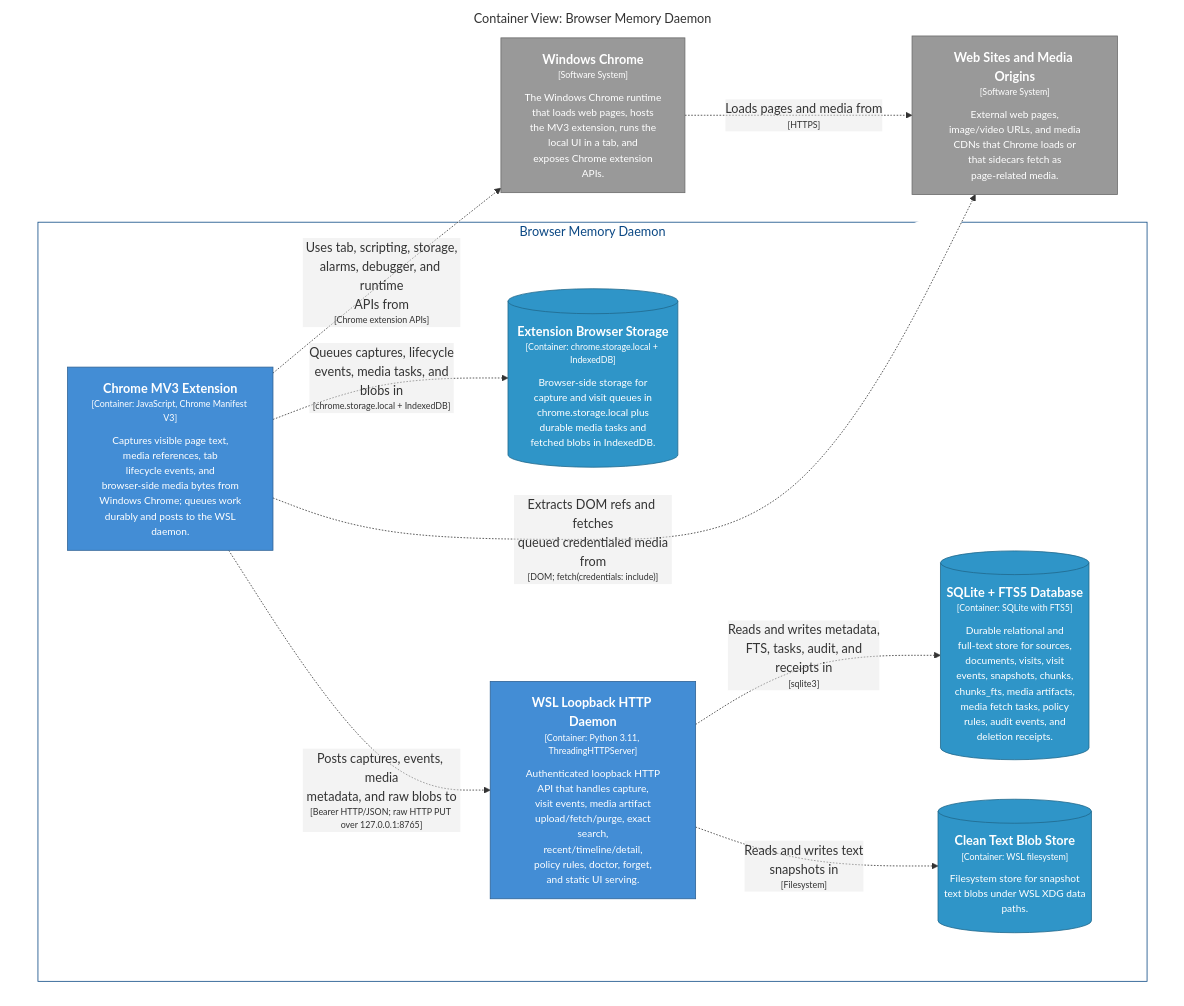
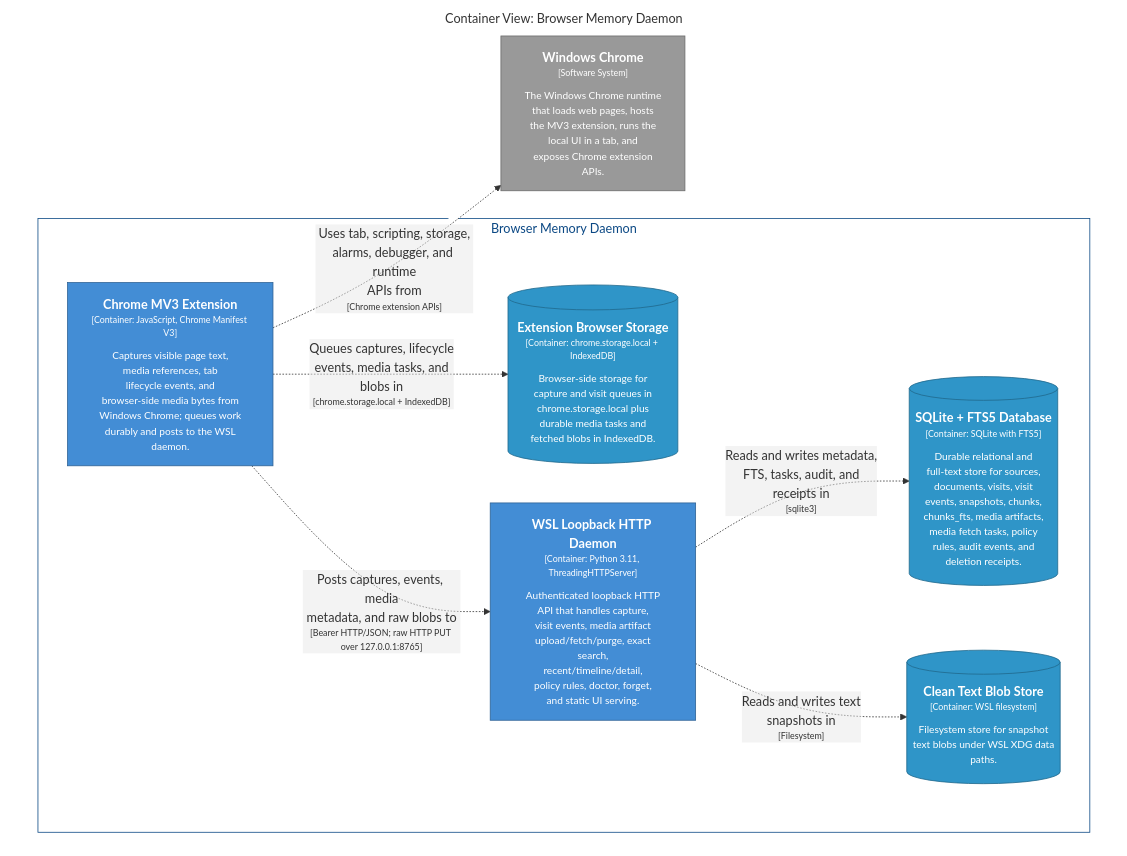
The diagram in architecture/diagrams/structurizr-CaptureContainers.mmd (michaelnicks0/browser-memory-daemon), drawn with Mermaid before and after one commit. The commit also changed 83 other files, not shown here.

Commit message:
docs: clean C4 diagram renders

```diff
--- a/architecture/diagrams/structurizr-CaptureContainers.mmd
+++ b/architecture/diagrams/structurizr-CaptureContainers.mmd
@@ -1,35 +1,31 @@
 graph TB
   linkStyle default fill:#ffffff
 
   subgraph diagram ["Container View: Browser Memory Daemon"]
     style diagram fill:#ffffff,stroke:#ffffff
 
     2["<div style='font-weight: bold'>Windows Chrome</div><div style='font-size: 70%; margin-top: 0px'>[Software System]</div><div style='font-size: 80%; margin-top:10px'>The Windows Chrome runtime<br />that loads web pages, hosts<br />the MV3 extension, runs the<br />local UI in a tab, and<br />exposes Chrome extension<br />APIs.</div>"]
     style 2 fill:#999999,stroke:#6b6b6b,color:#ffffff
-    3["<div style='font-weight: bold'>Web Sites and Media Origins</div><div style='font-size: 70%; margin-top: 0px'>[Software System]</div><div style='font-size: 80%; margin-top:10px'>External web pages,<br />image/video URLs, and media<br />CDNs that Chrome loads or<br />that sidecars fetch as<br />page-related media.</div>"]
-    style 3 fill:#999999,stroke:#6b6b6b,color:#ffffff
 
     subgraph 4 ["Browser Memory Daemon"]
       style 4 fill:#ffffff,stroke:#0b4884,color:#0b4884
 
       13[("<div style='font-weight: bold'>Extension Browser Storage</div><div style='font-size: 70%; margin-top: 0px'>[Container: chrome.storage.local + IndexedDB]</div><div style='font-size: 80%; margin-top:10px'>Browser-side storage for<br />capture and visit queues in<br />chrome.storage.local plus<br />durable media tasks and<br />fetched blobs in IndexedDB.</div>")]
       style 13 fill:#2f95c8,stroke:#20688c,color:#ffffff
       14["<div style='font-weight: bold'>WSL Loopback HTTP Daemon</div><div style='font-size: 70%; margin-top: 0px'>[Container: Python 3.11, ThreadingHTTPServer]</div><div style='font-size: 80%; margin-top:10px'>Authenticated loopback HTTP<br />API that handles capture,<br />visit events, media artifact<br />upload/fetch/purge, exact<br />search,<br />recent/timeline/detail,<br />policy rules, doctor, forget,<br />and static UI serving.</div>"]
       style 14 fill:#438dd5,stroke:#2e6295,color:#ffffff
       27[("<div style='font-weight: bold'>SQLite + FTS5 Database</div><div style='font-size: 70%; margin-top: 0px'>[Container: SQLite with FTS5]</div><div style='font-size: 80%; margin-top:10px'>Durable relational and<br />full-text store for sources,<br />documents, visits, visit<br />events, snapshots, chunks,<br />chunks_fts, media artifacts,<br />media fetch tasks, policy<br />rules, audit events, and<br />deletion receipts.</div>")]
       style 27 fill:#2f95c8,stroke:#20688c,color:#ffffff
       28[("<div style='font-weight: bold'>Clean Text Blob Store</div><div style='font-size: 70%; margin-top: 0px'>[Container: WSL filesystem]</div><div style='font-size: 80%; margin-top:10px'>Filesystem store for snapshot<br />text blobs under WSL XDG data<br />paths.</div>")]
       style 28 fill:#2f95c8,stroke:#20688c,color:#ffffff
       5["<div style='font-weight: bold'>Chrome MV3 Extension</div><div style='font-size: 70%; margin-top: 0px'>[Container: JavaScript, Chrome Manifest V3]</div><div style='font-size: 80%; margin-top:10px'>Captures visible page text,<br />media references, tab<br />lifecycle events, and<br />browser-side media bytes from<br />Windows Chrome; queues work<br />durably and posts to the WSL<br />daemon.</div>"]
       style 5 fill:#438dd5,stroke:#2e6295,color:#ffffff
     end
 
-    2-. "<div>Loads pages and media from</div><div style='font-size: 70%'>[HTTPS]</div>" .->3
     5-. "<div>Uses tab, scripting, storage,<br />alarms, debugger, and runtime<br />APIs from</div><div style='font-size: 70%'>[Chrome extension APIs]</div>" .->2
-    5-. "<div>Extracts DOM refs and fetches<br />queued credentialed media<br />from</div><div style='font-size: 70%'>[DOM; fetch(credentials: include)]</div>" .->3
     5-. "<div>Queues captures, lifecycle<br />events, media tasks, and<br />blobs in</div><div style='font-size: 70%'>[chrome.storage.local + IndexedDB]</div>" .->13
     5-. "<div>Posts captures, events, media<br />metadata, and raw blobs to</div><div style='font-size: 70%'>[Bearer HTTP/JSON; raw HTTP PUT over 127.0.0.1:8765]</div>" .->14
     14-. "<div>Reads and writes metadata,<br />FTS, tasks, audit, and<br />receipts in</div><div style='font-size: 70%'>[sqlite3]</div>" .->27
     14-. "<div>Reads and writes text<br />snapshots in</div><div style='font-size: 70%'>[Filesystem]</div>" .->28
 
   end
```
